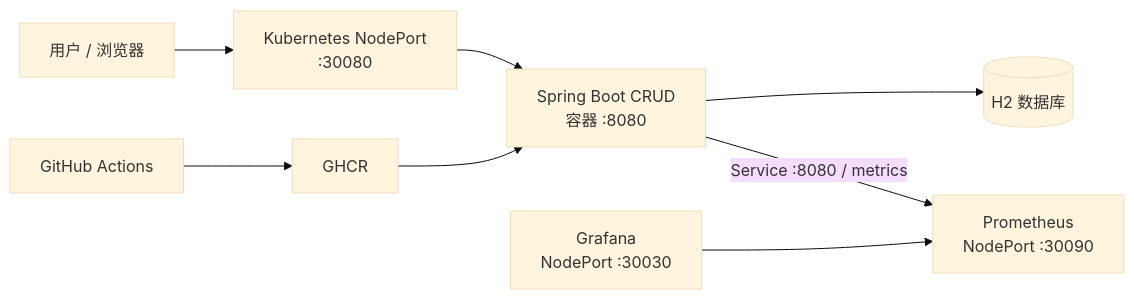
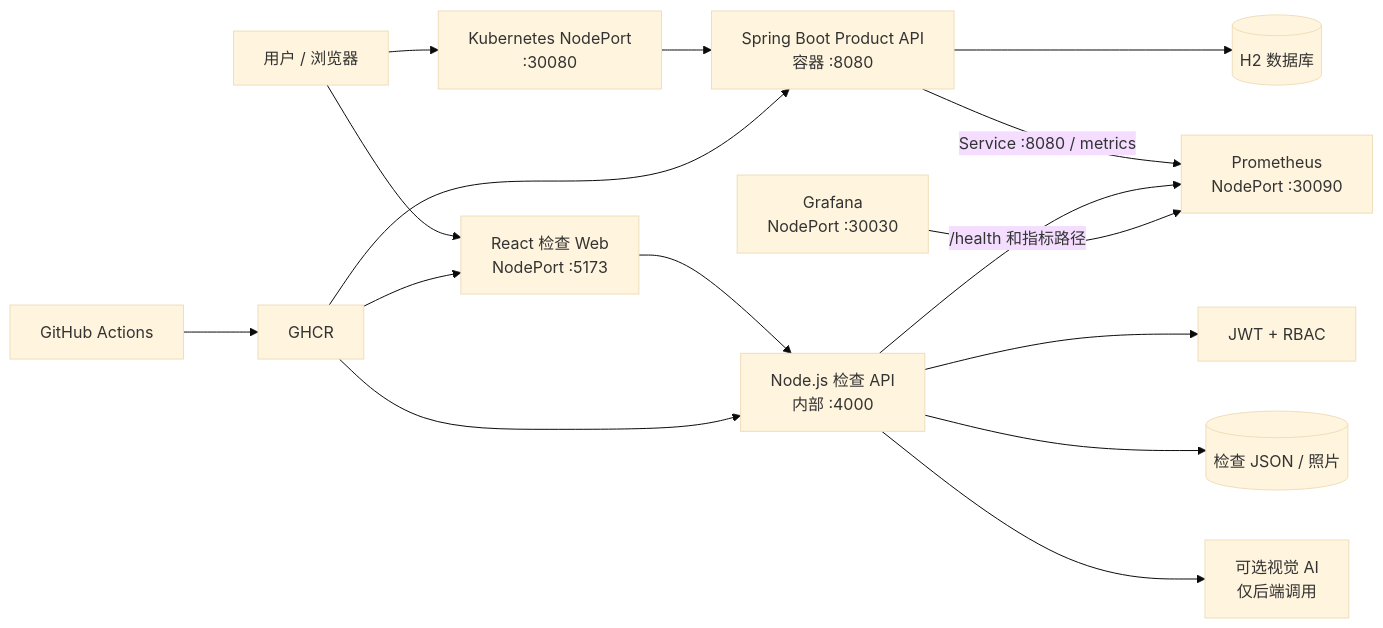
The diagram in README.zh-CN.md (ChrisWu365/java-maven-crud-cicd), drawn with Mermaid (base theme) before and after one commit. The commit also changed other lines of this file and 34 other files, not shown here.

Commit message:
add passive fire AI inspection feature with React+Node.js

````diff
--- a/README.zh-CN.md
+++ b/README.zh-CN.md
@@ -40,10 +41,18 @@
 ```mermaid
 flowchart LR
-    User[用户 / 浏览器] --> K8s[Kubernetes NodePort<br/>:30080]
-    K8s --> App[Spring Boot CRUD<br/>容器 :8080]
+    User[用户 / 浏览器] --> Web[React 检查 Web<br/>NodePort :5173]
+    Web --> API[Node.js 检查 API<br/>内部 :4000]
+    API --> Auth[JWT + RBAC]
+    API --> InspectionData[(检查 JSON / 照片)]
+    API --> AI[可选视觉 AI<br/>仅后端调用]
+    User --> K8s[Kubernetes NodePort<br/>:30080]
+    K8s --> App[Spring Boot Product API<br/>容器 :8080]
     App --> H2[(H2 数据库)]
     App -- Service :8080 / metrics --> Prom[Prometheus<br/>NodePort :30090]
+    API -- /health 和指标路径 --> Prom
     Graf[Grafana<br/>NodePort :30030] --> Prom
     CI[GitHub Actions] --> Registry[GHCR]
     Registry --> App
+    Registry --> Web
+    Registry --> API
 ```
````
